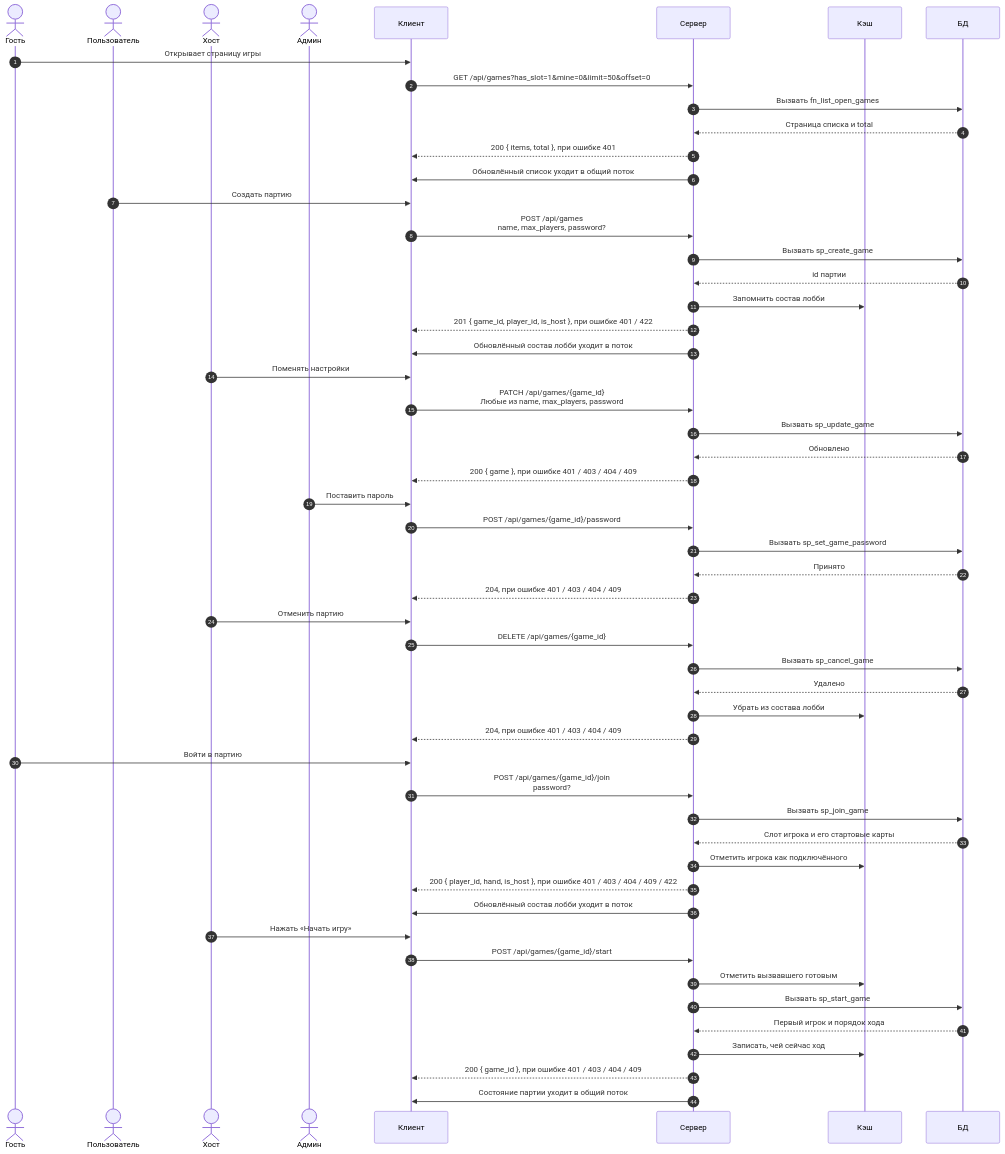
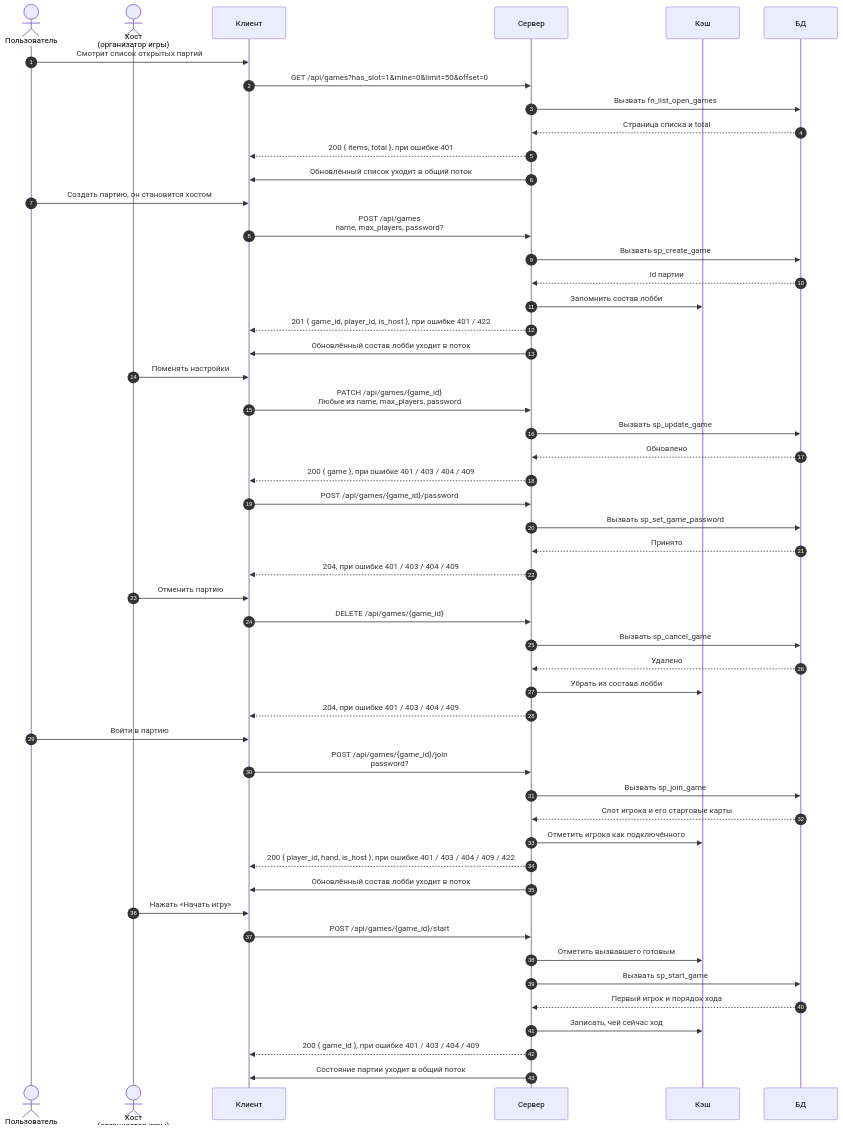
Before and after one commit to docup1/edin-game: the diagram in diagrams/lobby.mmd, drawn with Mermaid.

Commit message:
Оставить в лобби только пользователя и хоста
Четыре actor'а были лишними. Гость вдобавок противоречил контракту: его
единственное действие было "открывает страницу игры" с GET /api/games, а у
этого эндпоинта в API.md стоит 401 без сессии. Гостя без входа не бывает,
поэтому actor был нелепым. Теперь список смотрит Пользователь, и в
комментарии это зафиксировано, чтобы он не вернулся.

Пароль на партию приписать хосту было бы враньём: POST
/api/games/{game_id}/password требует роль admin, и хост получил бы пароль
вопреки API, где для него 403. Поэтому шаг с паролем идёт от клиента
сразу к серверу, без actor'а, с пояснением в комментарии. Эндпоинт из
покрытия не выпал: 21 эндпоинт и 26 SQL-функций на месте.

Полотно похудело с 2107x2249 до 1732x2203, минус 375 px по ширине - это и
есть вклад двух убранных вертикальных дорожек.

```diff
--- a/diagrams/lobby.mmd
+++ b/diagrams/lobby.mmd
@@ -1,89 +1,90 @@
 %% Всё до игры: список, создание, настройки, отмена, вход, старт.
+%% Действуют двое: обычный пользователь и хост, то есть организатор партии.
 %% Партия ещё не началась, поэтому состав лобби в кэше, факты в базе.
 %% Диаграмма делится по смыслу, а не по наличию {game_id}: пароль ставит
 %% админ, но до игры, поэтому разбирается здесь.
 sequenceDiagram
     autonumber
-    actor G as Гость
     actor U as Пользователь
-    actor H as Хост
-    actor A as Админ
+    actor H as Хост<br/>(организатор игры)
     participant C as Клиент
     participant S as Сервер
     participant K as Кэш
     participant D as БД
 
-    G->>C: Открывает страницу игры
+    U->>C: Смотрит список открытых партий
     C->>S: GET /api/games?has_slot=1&mine=0&limit=50&offset=0
     S->>D: Вызвать fn_list_open_games
     D-->>S: Страница списка и total
     S-->>C: 200 { items, total }, при ошибке 401
     S->>C: Обновлённый список уходит в общий поток
 
-    U->>C: Создать партию
+    U->>C: Создать партию, он становится хостом
     C->>S: POST /api/games<br/>name, max_players, password?
     S->>D: Вызвать sp_create_game
     D-->>S: id партии
     S->>K: Запомнить состав лобби
     S-->>C: 201 { game_id, player_id, is_host }, при ошибке 401 / 422
     S->>C: Обновлённый состав лобби уходит в поток
 
     H->>C: Поменять настройки
     C->>S: PATCH /api/games/{game_id}<br/>Любые из name, max_players, password
     S->>D: Вызвать sp_update_game
     D-->>S: Обновлено
     S-->>C: 200 { game }, при ошибке 401 / 403 / 404 / 409
 
-    A->>C: Поставить пароль
     C->>S: POST /api/games/{game_id}/password
     S->>D: Вызвать sp_set_game_password
     D-->>S: Принято
     S-->>C: 204, при ошибке 401 / 403 / 404 / 409
 
     H->>C: Отменить партию
     C->>S: DELETE /api/games/{game_id}
     S->>D: Вызвать sp_cancel_game
     D-->>S: Удалено
     S->>K: Убрать из состава лобби
     S-->>C: 204, при ошибке 401 / 403 / 404 / 409
 
-    G->>C: Войти в партию
+    U->>C: Войти в партию
     C->>S: POST /api/games/{game_id}/join<br/>password?
     S->>D: Вызвать sp_join_game
     D-->>S: Слот игрока и его стартовые карты
     S->>K: Отметить игрока как подключённого
     S-->>C: 200 { player_id, hand, is_host }, при ошибке 401 / 403 / 404 / 409 / 422
     S->>C: Обновлённый состав лобби уходит в поток
 
     H->>C: Нажать «Начать игру»
     C->>S: POST /api/games/{game_id}/start
     S->>K: Отметить вызвавшего готовым
     S->>D: Вызвать sp_start_game
     D-->>S: Первый игрок и порядок хода
     S->>K: Записать, чей сейчас ход
     S-->>C: 200 { game_id }, при ошибке 401 / 403 / 404 / 409
     S->>C: Состояние партии уходит в общий поток
 
+    %% Список требует сессии, поэтому гостя без входа здесь нет: без cookie
+    %% приходит 401. В списке есть, сколько мест занято, но нет имён игроков -
+    %% имена иначе утекли бы всем подряд.
     %% has_slot - только партии со свободными местами, по умолчанию включён:
-    %% иначе гость кликнет в партию без мест и получит отказ. mine - только свои
-    %% партии. limit - до 200, offset - страницы. Список приходит и в общий
-    %% поток, поэтому опрашивать его вручную не нужно.
-    %% В списке есть, сколько мест занято, но нет имён игроков: гостю они не
-    %% положены. max_players вне диапазона 2..6 или пустое имя - 422.
+    %% иначе пользователь кликнет в партию без мест и получит отказ. mine -
+    %% только свои партии. limit - до 200, offset - страницы. Список приходит и
+    %% в общий поток, поэтому опрашивать его вручную не нужно.
+    %% max_players вне диапазона 2..6 или пустое имя - 422.
     %% Приглашение - обычная ссылка /game/{id}, отдельная сущность в базе не нужна.
-    %% Настройки меняет только создатель и только до старта. max_players нельзя
-    %% сделать меньше занятых мест, password можно обнулить через null.
-    %% sp_set_game_password требует роль admin и тоже работает только до старта.
-    %% Пароль, поставленный админом, создатель снять не может: снимается он
-    %% только тем же эндпоинтом.
+    %% Настройки меняет только хост и только до старта. max_players нельзя сделать
+    %% меньше занятых мест, password можно обнулить через null.
+    %% Пароль без актора: это действие админа, а не хоста и не игрока, поэтому
+    %% отдельного участника ради него заводить не стали. sp_set_game_password
+    %% требует роль admin и работает только до старта. Пароль, поставленный
+    %% админом, хост снять не может: снимается он только тем же эндпоинтом.
     %% Отмена - настоящее удаление, а не флаг cancelled: иначе про него пришлось бы
     %% вечно помнить.
     %% join проверяет пароль, свободное место и что партия не началась. Но если
     %% за игроком уже есть место - пускает обратно даже после старта, выдавая
     %% пустую руку. Раньше leave место сохранял, а join отказывал, и вышедший
     %% оставался заперт снаружи.
     %% Отказ от входа - это не leave: до старта место просто освобождается.
     %% start отмечает готовым и запускает: готовность - это факт, а не действие,
     %% и живёт в кэше. 409 если готовы не все, причём готовность не сбрасывается.
     %% Состав лобби и текущий ход живут в кэше, в базе только факты: игроки,
     %% карты, ходы.
```
